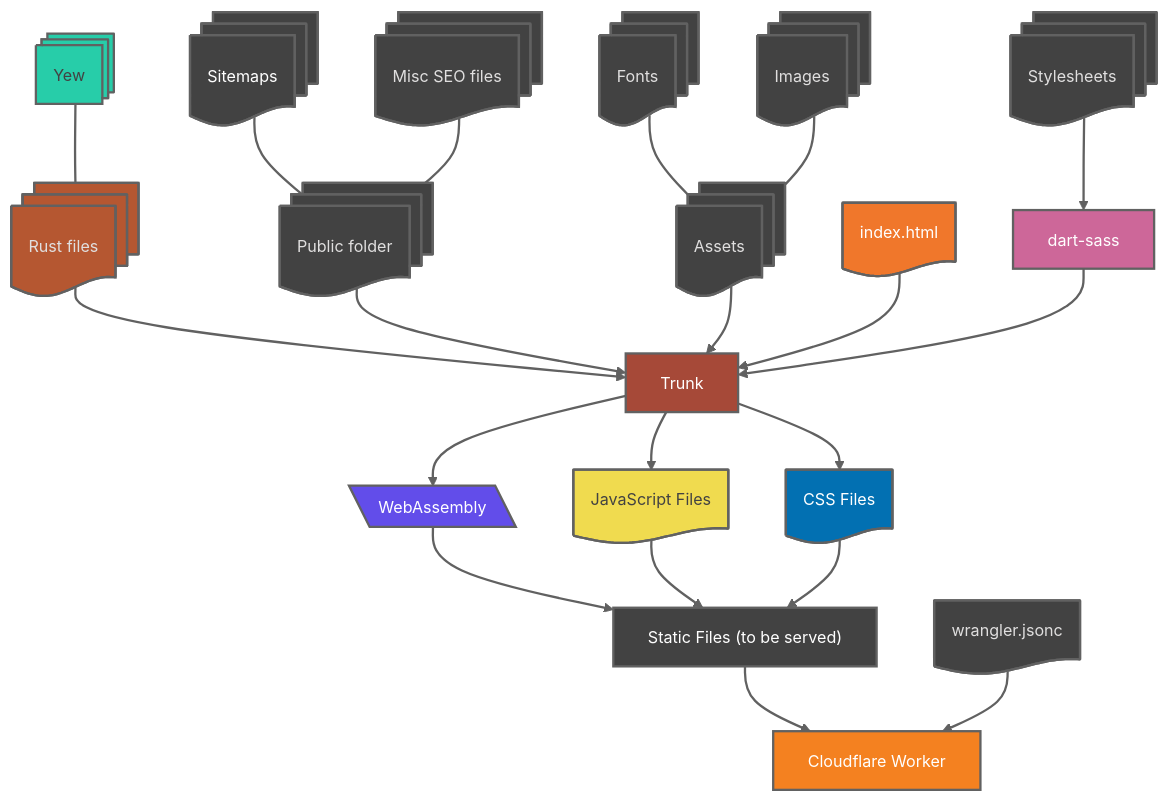
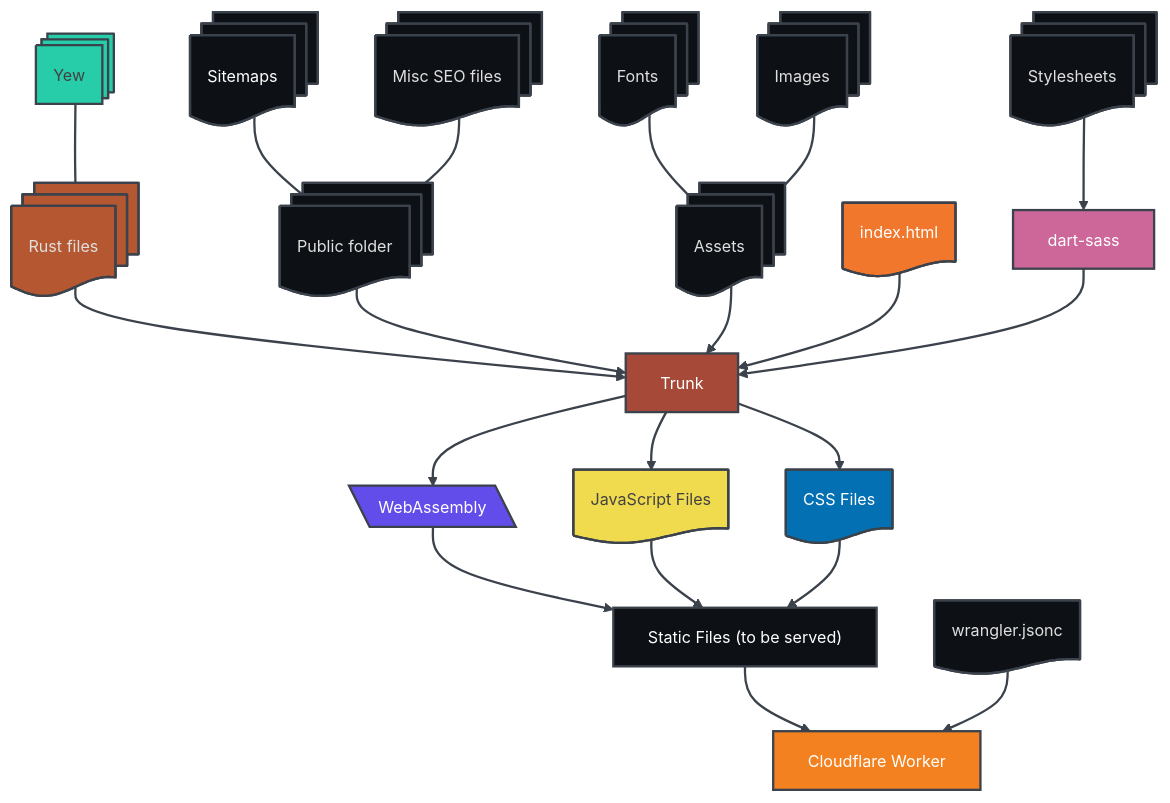
The diagram in README.md (MysticalMike60t/rustismylife), drawn with Mermaid before and after one commit.

````diff
--- a/README.md
+++ b/README.md
@@ -62,43 +62,43 @@
      n19:::Basic
      n20:::Basic
      n15:::Basic
-    classDef Aqua stroke-width:1px, stroke-dasharray:none, stroke:#46EDC8, fill:#DEFFF8, color:#378E7A
-    classDef Basic stroke:#616161, fill:#424242, color:#FFFFFF
-    style webassembly fill:#624DEA,stroke:#616161,color:#FFFFFF
-    style n4 fill:#424242,stroke:#616161,color:#FFFFFF
-    style n6 fill:#27CDA9,stroke:#616161,color:#424242
-    style n11 fill:#B55731,stroke:#616161
-    style n7 stroke:#616161,fill:#A64938,color:#FFFFFF
-    style n8 fill:#424242,stroke:#616161
-    style n10 stroke:#616161,fill:#424242
-    style n5 fill:#F0772B,stroke:#616161,color:#FFFFFF
+    classDef Aqua stroke-width:1px, stroke-dasharray:none, stroke:#3B424B, fill:#DEFFF8, color:#378E7A
+    classDef Basic stroke:#3B424B, fill:#0D1116, color:#FFFFFF
+    style webassembly fill:#624DEA,stroke:#3B424B,color:#FFFFFF
+    style n4 fill:#0D1116,stroke:#3B424B,color:#FFFFFF
+    style n6 fill:#27CDA9,stroke:#3B424B,color:#424242
+    style n11 fill:#B55731,stroke:#3B424B
+    style n7 stroke:#3B424B,fill:#A64938,color:#FFFFFF
+    style n8 fill:#0D1116,stroke:#3B424B
+    style n10 stroke:#3B424B,fill:#0D1116
+    style n5 fill:#F0772B,stroke:#3B424B,color:#FFFFFF
     style n19 fill:#F0DB4F,color:#424242
     style n20 fill:#0270B2
-    style n9 stroke:#616161,fill:#424242
-    style n14 stroke:#616161,fill:#CD6799,color:#FFFFFF
-    style n12 stroke:#616161,fill:#424242
-    style n13 stroke:#616161,fill:#424242
-    style n15 fill:#424242,stroke:#616161
-    style n16 fill:#424242,stroke:#616161
-    style n17 fill:#F48120,stroke:#616161,color:#FFFFFF
-    style n18 fill:#424242,stroke:#616161
-    linkStyle 0 stroke:#616161,fill:none
-    linkStyle 1 stroke:#616161,fill:none
-    linkStyle 2 stroke:#616161,fill:none
-    linkStyle 3 stroke:#616161,fill:none
-    linkStyle 4 stroke:#616161,fill:none
-    linkStyle 5 stroke:#616161,fill:none
-    linkStyle 6 stroke:#616161,fill:none
-    linkStyle 7 stroke:#616161,fill:none
-    linkStyle 8 stroke:#616161,fill:none
-    linkStyle 9 stroke:#616161,fill:none
-    linkStyle 10 stroke:#616161,fill:none
-    linkStyle 11 stroke:#616161,fill:none
-    linkStyle 12 stroke:#616161,fill:none
-    linkStyle 13 stroke:#616161,fill:none
-    linkStyle 14 stroke:#616161,fill:none
-    linkStyle 15 stroke:#616161,fill:none
-    linkStyle 16 stroke:#616161,fill:none
-    linkStyle 17 stroke:#616161,fill:none
-    linkStyle 18 stroke:#616161,fill:none
+    style n9 stroke:#3B424B,fill:#0D1116
+    style n14 stroke:#3B424B,fill:#CD6799,color:#FFFFFF
+    style n12 stroke:#3B424B,fill:#0D1116
+    style n13 stroke:#3B424B,fill:#0D1116
+    style n15 fill:#0D1116,stroke:#3B424B
+    style n16 fill:#0D1116,stroke:#3B424B
+    style n17 fill:#F48120,stroke:#3B424B,color:#FFFFFF
+    style n18 fill:#0D1116,stroke:#3B424B
+    linkStyle 0 stroke:#3B424B,fill:none
+    linkStyle 1 stroke:#3B424B,fill:none
+    linkStyle 2 stroke:#3B424B,fill:none
+    linkStyle 3 stroke:#3B424B,fill:none
+    linkStyle 4 stroke:#3B424B,fill:none
+    linkStyle 5 stroke:#3B424B,fill:none
+    linkStyle 6 stroke:#3B424B,fill:none
+    linkStyle 7 stroke:#3B424B,fill:none
+    linkStyle 8 stroke:#3B424B,fill:none
+    linkStyle 9 stroke:#3B424B,fill:none
+    linkStyle 10 stroke:#3B424B,fill:none
+    linkStyle 11 stroke:#3B424B,fill:none
+    linkStyle 12 stroke:#3B424B,fill:none
+    linkStyle 13 stroke:#3B424B,fill:none
+    linkStyle 14 stroke:#3B424B,fill:none
+    linkStyle 15 stroke:#3B424B,fill:none
+    linkStyle 16 stroke:#3B424B,fill:none
+    linkStyle 17 stroke:#3B424B,fill:none
+    linkStyle 18 stroke:#3B424B,fill:none
 ```
````
